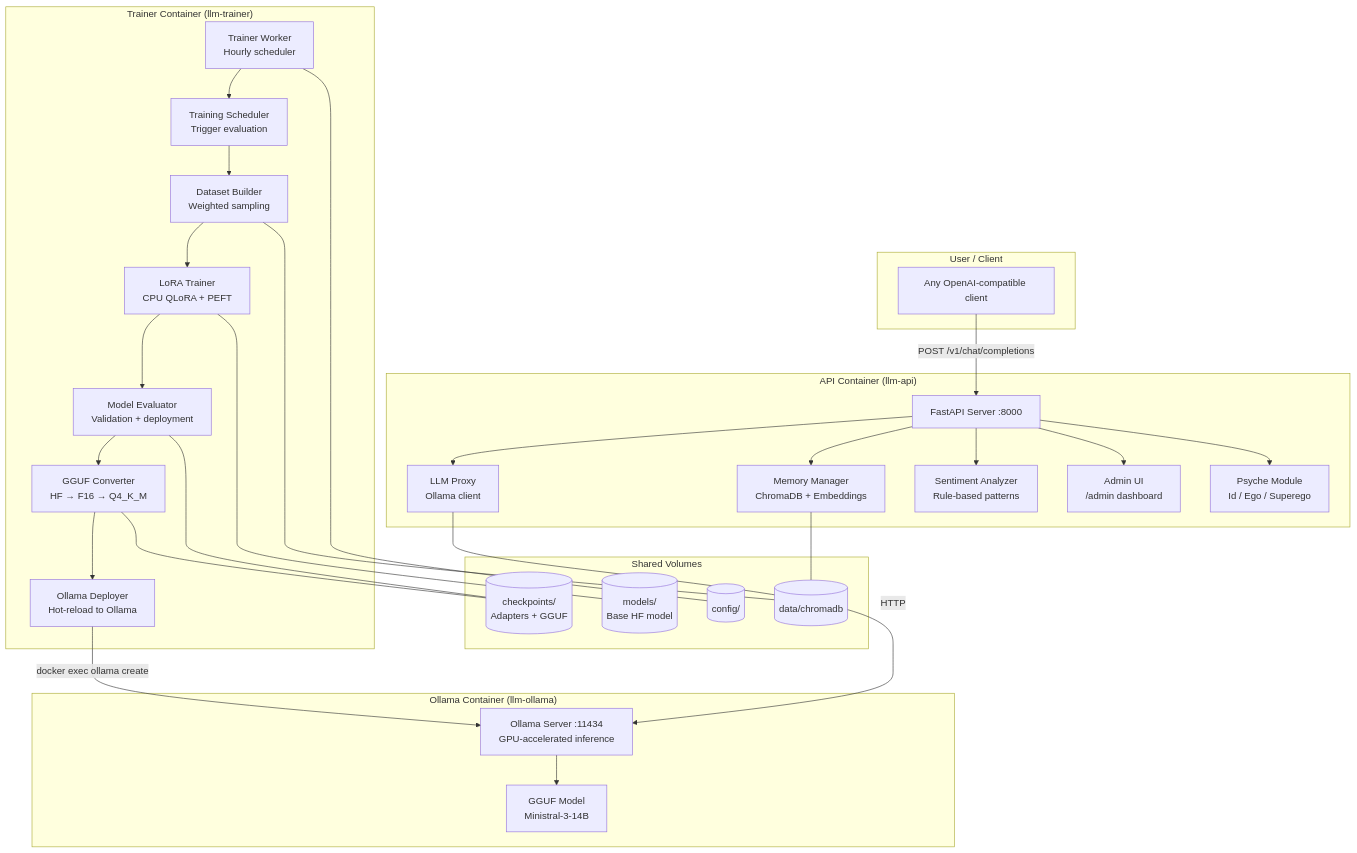
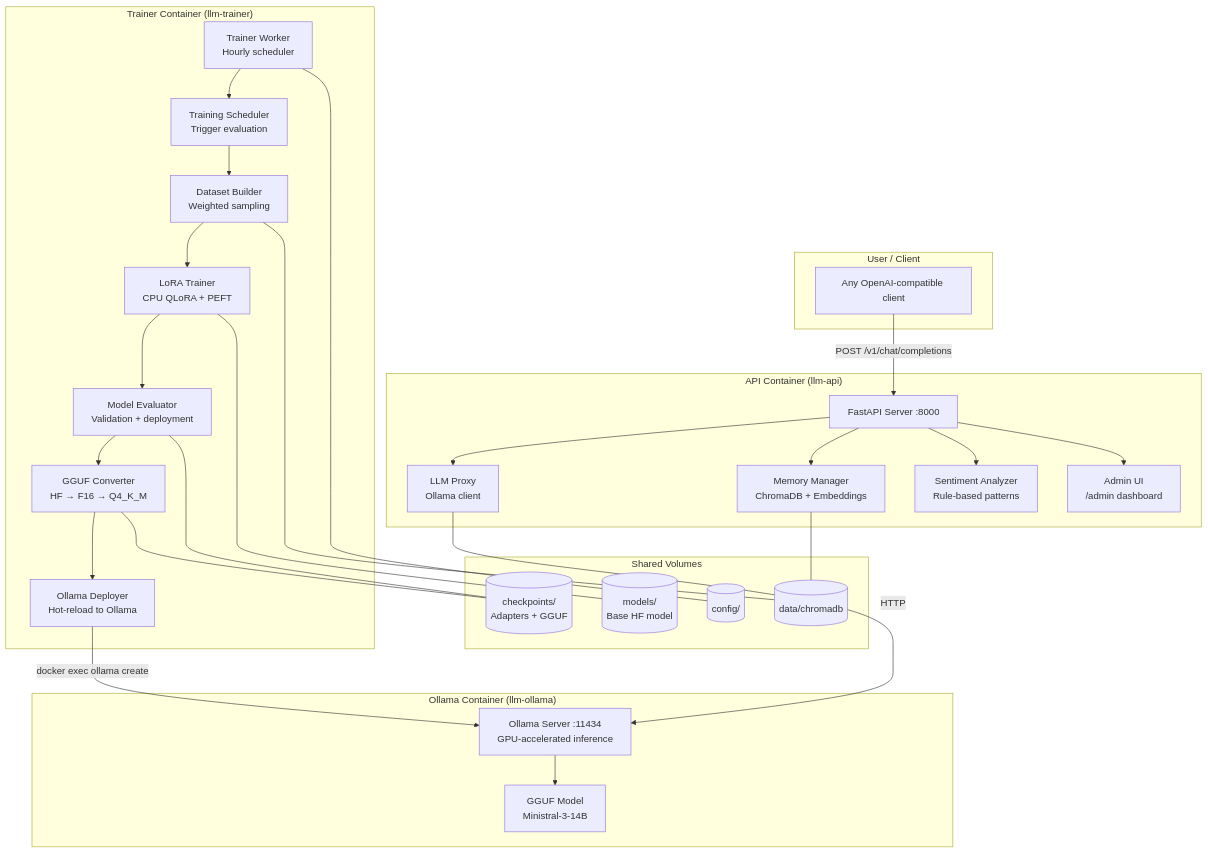
Before and after one commit to manikmakki/Project-RLHFL: the first of 6 diagrams in FOR_NERDS.md, drawn with Mermaid. The commit also changed other lines of this file and 24 other files, not shown here.

````diff
--- a/FOR_NERDS.md
+++ b/FOR_NERDS.md
@@ -9,61 +9,59 @@
 ```mermaid
 graph TB
     subgraph "User / Client"
         C[Any OpenAI-compatible client]
     end
 
     subgraph "API Container (llm-api)"
         FP[FastAPI Server :8000]
         LE[LLM Proxy<br/>Ollama client]
         MM[Memory Manager<br/>ChromaDB + Embeddings]
         SA[Sentiment Analyzer<br/>Rule-based patterns]
         AU[Admin UI<br/>/admin dashboard]
-        PS[Psyche Module<br/>Id / Ego / Superego]
     end
 
     subgraph "Ollama Container (llm-ollama)"
         OL[Ollama Server :11434<br/>GPU-accelerated inference]
         GGUF[GGUF Model<br/>Ministral-3-14B]
     end
 
     subgraph "Trainer Container (llm-trainer)"
         TW[Trainer Worker<br/>Hourly scheduler]
         TS[Training Scheduler<br/>Trigger evaluation]
         DB[Dataset Builder<br/>Weighted sampling]
         LT[LoRA Trainer<br/>CPU QLoRA + PEFT]
         ME[Model Evaluator<br/>Validation + deployment]
         GC[GGUF Converter<br/>HF → F16 → Q4_K_M]
         OD[Ollama Deployer<br/>Hot-reload to Ollama]
     end
 
     subgraph "Shared Volumes"
         MOD[(models/<br/>Base HF model)]
         DAT[(data/chromadb)]
         CKP[(checkpoints/<br/>Adapters + GGUF)]
         CFG[(config/)]
     end
 
     C -->|POST /v1/chat/completions| FP
     FP --> LE
     FP --> MM
     FP --> SA
     FP --> AU
-    FP --> PS
 
     LE -->|HTTP| OL
     OL --> GGUF
     MM --- DAT
     TW --> TS
     TS --> DB
     DB --> LT
     LT --> ME
     ME --> GC
     GC --> OD
     OD -->|docker exec ollama create| OL
 
     DB --- DAT
     LT --- MOD
     ME --- CKP
     GC --- CKP
     TW --- CFG
 ```
````
